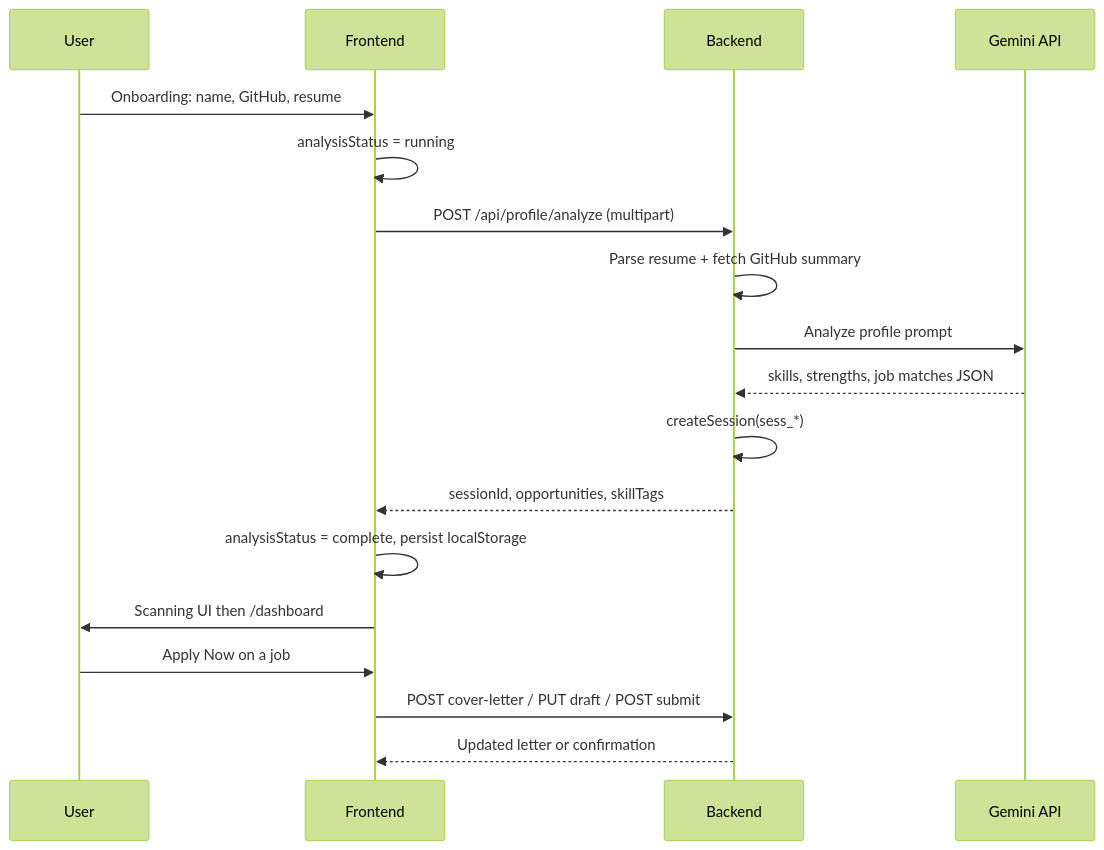
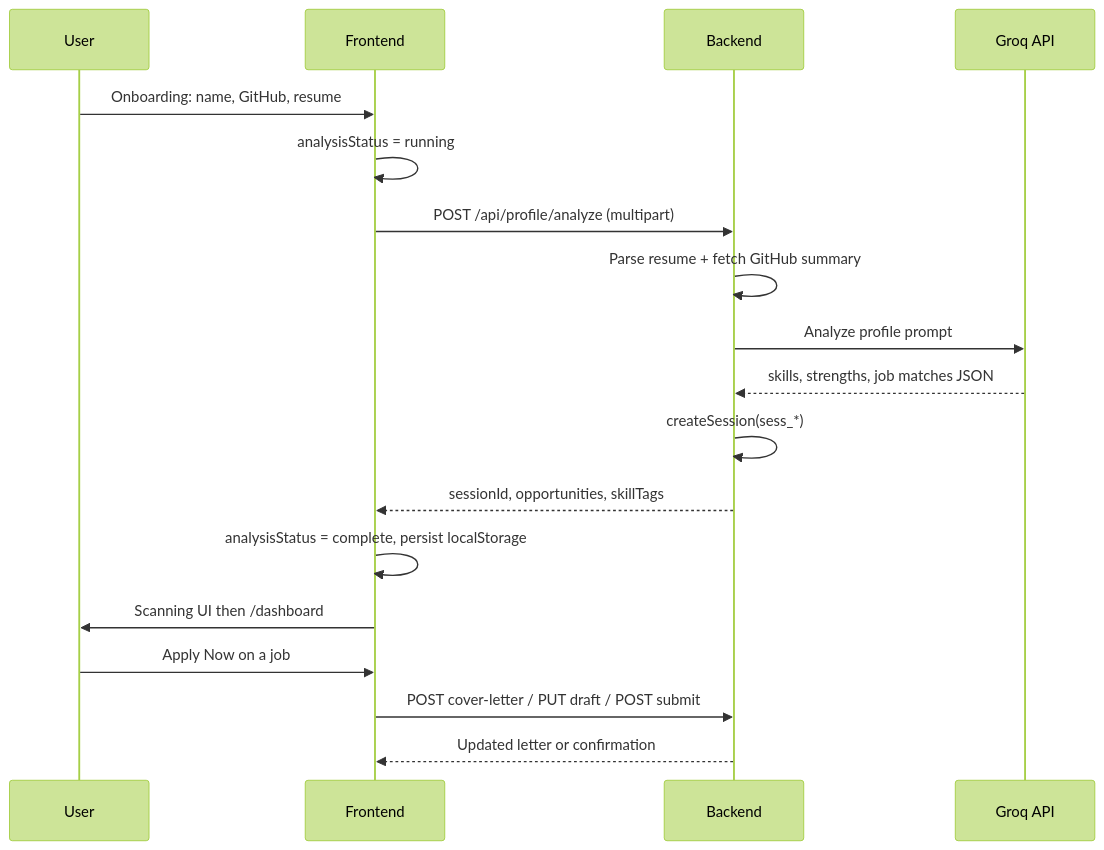
Before and after one commit to yohannesdawit21/OpportunityAgent: the second of 4 diagrams in SYSTEM.md, drawn with Mermaid (forest theme). The commit also changed other lines of this file and 18 other files, not shown here.

First line of the commit message:
feat: migrate from Gemini API to Groq for profile analysis and cover letters

````diff
--- a/SYSTEM.md
+++ b/SYSTEM.md
@@ -40,21 +40,21 @@
 ```mermaid
 sequenceDiagram
   participant U as User
   participant F as Frontend
   participant B as Backend
-  participant A as Gemini API
+  participant A as Groq API
 
   U->>F: Onboarding: name, GitHub, resume
   F->>F: analysisStatus = running
   F->>B: POST /api/profile/analyze (multipart)
   B->>B: Parse resume + fetch GitHub summary
   B->>A: Analyze profile prompt
   A-->>B: skills, strengths, job matches JSON
   B->>B: createSession(sess_*)
   B-->>F: sessionId, opportunities, skillTags
   F->>F: analysisStatus = complete, persist localStorage
   F->>U: Scanning UI then /dashboard
   U->>F: Apply Now on a job
   F->>B: POST cover-letter / PUT draft / POST submit
   B-->>F: Updated letter or confirmation
 ```
````
